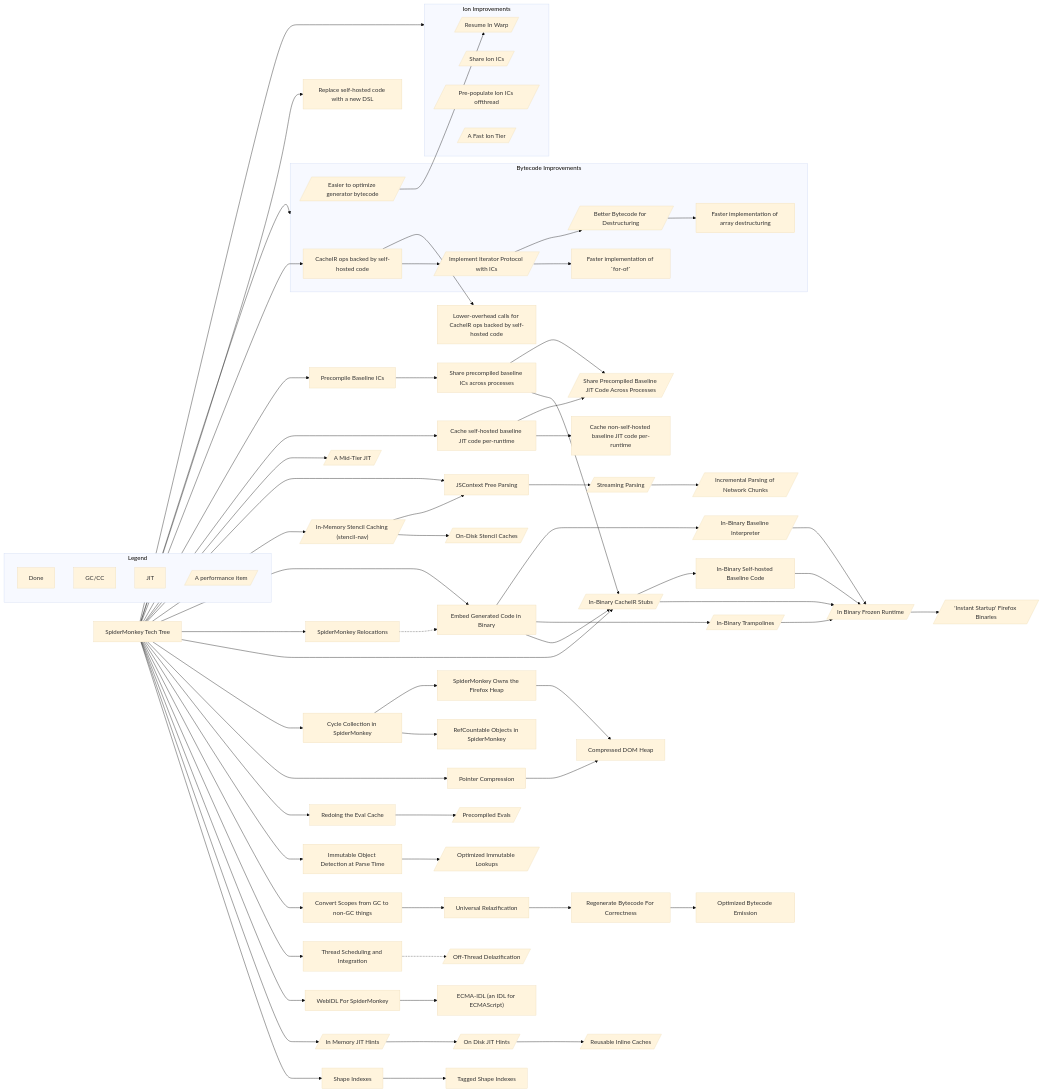
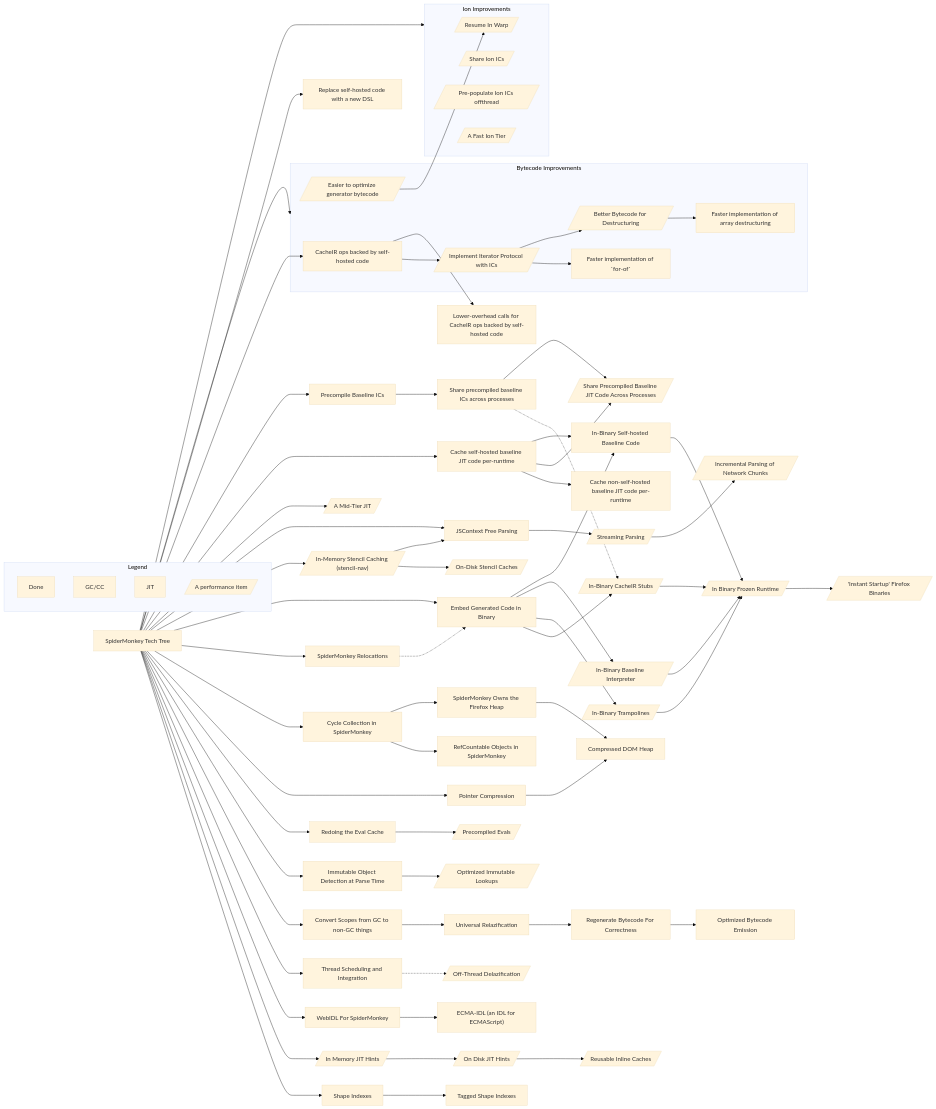
Before and after one commit to mozilla-spidermonkey/spidermonkey.dev: the diagram in tech_tree/diagram.mmd, drawn with Mermaid (base theme).

Commit message:
Address Iain's reivew feedback

```diff
--- a/tech_tree/diagram.mmd
+++ b/tech_tree/diagram.mmd
@@ -1,193 +1,195 @@
 %%{init: {"flowchart": {"defaultRenderer": "default"}} }%%
 %% Ideally we would use the elk renderer: Much better for this diagram.
 %% -- However, using elk as our renderer does have downsides. Elk doesn't
 %%    support dotted lines.
 %% --
 %% -- As well, it becomes very very wide as there's more complexity added to the
 %%    diagram.
 
 flowchart LR
     subgraph Legend
         Done
         class Done done
 
         GC["GC/CC"]
         class GC GC
 
         JIT
         class JIT JIT
 
 
         perf[/"A performance item"/]
     end
 
     root[SpiderMonkey Tech Tree] --> shapeIndexes[Shape Indexes]
     shapeIndexes --> taggedShapeIndexes[Tagged Shape Indexes]
     click shapeIndexes href "#shapeIndexes"
     click taggedShapeIndexes href "#taggedShapeIndexes"
 
     root --> inMemoryJITHints[/"In Memory JIT Hints"/] --> onDiskJITHints[/"On  Disk JIT Hints"/] --> ric[/"Reusable Inline Caches"/]
     class inMemoryJITHints done;
     click inMemoryJITHints href "https://bugzilla.mozilla.org/show_bug.cgi?id=1824772"
 
     class onDiskJITHints JIT;
     class ric JIT;
 
     click ric href "#ric"
 
     root --> webIDL["WebIDL For SpiderMonkey"] --> ecmaIDL["ECMA-IDL (an IDL for ECMAScript)"]
     root --> scheduling["Thread Scheduling and Integration"] -.-> offThreadDelazification[/"Off-Thread Delazification"/]
     root --> nonGCScopes["Convert Scopes from GC to non-GC things"] --> universalRelazification["Universal Relazification"]
     click universalRelazification href "#universalRelazification"
 
     universalRelazification --> tossBytecode["Regenerate Bytecode For Correctness"]
     tossBytecode --> optimizedBytecode["Optimized Bytecode Emission"]
     click tossBytecode href "#tossBytecode"
 
     root --> immutableFlag["Immutable Object Detection at Parse Time"] --> optimizedImmutableLookups[/"Optimized Immutable Lookups"/]
     click immutableFlag href "#immutableFlag"
 
     root --> evalCache["Redoing the Eval Cache"] --> precompiledEval[/"Precompiled Evals"/]
     root --> pointerCompression["Pointer Compression"] --> compressedDOM["Compressed DOM Heap"]
     class pointerCompression GC
     class compressedDOM GC
 
     root --> cc["Cycle Collection in SpiderMonkey"] --> refCount["RefCountable Objects in SpiderMonkey"]
     class cc GC
     class refCount GC
 
     cc --> smHeap["SpiderMonkey Owns the Firefox Heap"] --> compressedDOM
     class smHeap GC
 
-    root --> inBinaryStubs[/"In-Binary CacheIR Stubs"/]
+    inBinaryStubs[/"In-Binary CacheIR Stubs"/]
     root --> smRelocations["SpiderMonkey Relocations"]
     click smRelocations href "#smRelocations"
 
     frozenRuntime[/"In Binary Frozen Runtime"/]
     frozenRuntime --> bakedFirefox[/"'Instant Startup' Firefox Binaries"/]
 
     inBinaryStubs --> frozenRuntime
     inBinaryTrampolines[/"In-Binary Trampolines"/] --> frozenRuntime
     inBinaryBaselineInterpreter[/"In-Binary Baseline Interpreter"/] --> frozenRuntime
 
     root --> inBinaryCode["Embed Generated Code in Binary"] --> inBinaryStubs & inBinaryTrampolines & inBinaryBaselineInterpreter
     click inBinaryCode "#inBinaryCode"
     smRelocations -.-> inBinaryCode
 
     root --> stencilNav[/"In-Memory Stencil Caching (stencil-nav)"/]
     stencilNav --> onDiskStencil[/"On-Disk Stencil Caches"/]
     root --> contextFreeParsing["JSContext Free Parsing"]
     stencilNav --> contextFreeParsing
     contextFreeParsing --> streamingParsing[/"Streaming Parsing"/]
     click streamingParsing "#streamingParsing"
 
     streamingParsing --> networkParsing[/"Incremental Parsing of Network Chunks"/]
 
 
 
     subgraph improvedBytecode [Bytecode Improvements]
         destructuringBytecode[/"Better Bytecode for Destructuring"/]
         click destructuringBytecode "#destructuringBytecode"
 
         generatorBytecodeTransforms[/"Easier to optimize generator bytecode"/]
         click generatorBytecodeTransforms "#generatorBytecodeTransforms"
 
 
 
         selfHostedCacheIROps["CacheIR ops backed by self-hosted code"]
         class selfHostedCacheIROps JIT
         click selfHostedCacheIROps "#selfHostedCacheIROps"
 
         iteratorsWithICs[/"Implement Iterator Protocol with ICs"/]
         class iteratorsWithICs JIT
 
         selfHostedCacheIROps --> iteratorsWithICs
 
         fasterForOf["Faster implementation of `for-of` "]
         class fasterForOf JIT
 
         fasterArrayDestructuring["Faster implementation of array destructuring "]
         class fasterArrayDestructuring JIT
 
         iteratorsWithICs --> fasterForOf
         iteratorsWithICs --> destructuringBytecode
 
         fasterArrayDestructuring["Faster implementation of array destructuring "]
         class fasterArrayDestructuring JIT
 
         destructuringBytecode --> fasterArrayDestructuring
     end
     root --> improvedBytecode
 
     lowerOverheadSelfHostedCacheIR["Lower-overhead calls for CacheIR ops backed by self-hosted code"]
     class lowerOverheadSelfHostedCacheIR JIT
 
     selfHostedCacheIROps --> lowerOverheadSelfHostedCacheIR
 
     generatorBytecodeTransforms --> resumeInWarp
 
     subgraph ionImprovements [Ion Improvements]
         shareIonICs[/"Share Ion ICs"/]
         class shareIonICs JIT
         click shareIonICs "#shareIonICs"
 
         prepopulateIonIcs[/"Pre-populate Ion ICs offthread"/]
         class prepopulateIonIcs JIT
         click prepopulateIonIcs "#prepopulateIonIcs"
 
 
         fastIonTier[/"A Fast Ion Tier"/]
         class fastIonTier JIT
         click fastIonTier "#fastIonTier"
 
         resumeInWarp[/"Resume In Warp"/]
         class resumeInWarp JIT
         click resumeInWarp href "https://bugzilla.mozilla.org/show_bug.cgi?id=1681338"
     end
     root --> ionImprovements
 
     root --> midTier[/"A Mid-Tier JIT"/]
     click midTier "#midTier"
 
     cacheSelfHostedJitCode["Cache self-hosted baseline JIT code per-runtime"]
     class cacheSelfHostedJitCode JIT
 
     cacheRegularJitCode["Cache non-self-hosted baseline JIT code per-runtime"]
     class cacheRegularJitCode JIT
 
     precompileBaselineICs["Precompile Baseline ICs"]
     class precompileBaselineICs JIT
     click precompileBaselineICs href "https://bugzilla.mozilla.org/show_bug.cgi?id=1357884"
 
     shareBaselineICs["Share precompiled baseline ICs across processes"]
 
     root --> cacheSelfHostedJitCode --> cacheRegularJitCode
     root --> precompileBaselineICs -->  shareBaselineICs
 
-    shareBaselineICs --> inBinaryStubs
+    shareBaselineICs -.-> inBinaryStubs
 
     sharePrecompiledBaselineAcrossProcesses[/"Share Precompiled Baseline JIT Code Across Processes"/]
     cacheSelfHostedJitCode --> sharePrecompiledBaselineAcrossProcesses
     shareBaselineICs --> sharePrecompiledBaselineAcrossProcesses
 
     inBinarySelfHostedBaseline["In-Binary Self-hosted Baseline Code"]
-    inBinaryStubs --> inBinarySelfHostedBaseline --> frozenRuntime
+    inBinarySelfHostedBaseline --> frozenRuntime
+    inBinaryCode --> inBinarySelfHostedBaseline
+    cacheSelfHostedJitCode --> inBinarySelfHostedBaseline
 
     root --> selfHostedCacheIROps
 
 
     root --> selfHostedReplacement["Replace self-hosted code with a new DSL"]
 
     %% Click Handlers
     %% Example of a programatic click handler for giggles. Notice that the callback
     %% is accessed relative to `window`.
     %% click webIDL callbacks.exampleCallback
 
     %% As an example of how we could group projects together.
     %% Commented out for now.
     %% subgraph "Gecko Managed Runtime"
     %%     cc
     %%     smHeap
     %%     webIDL
     %%     ecmaIDL
     %% end
```
